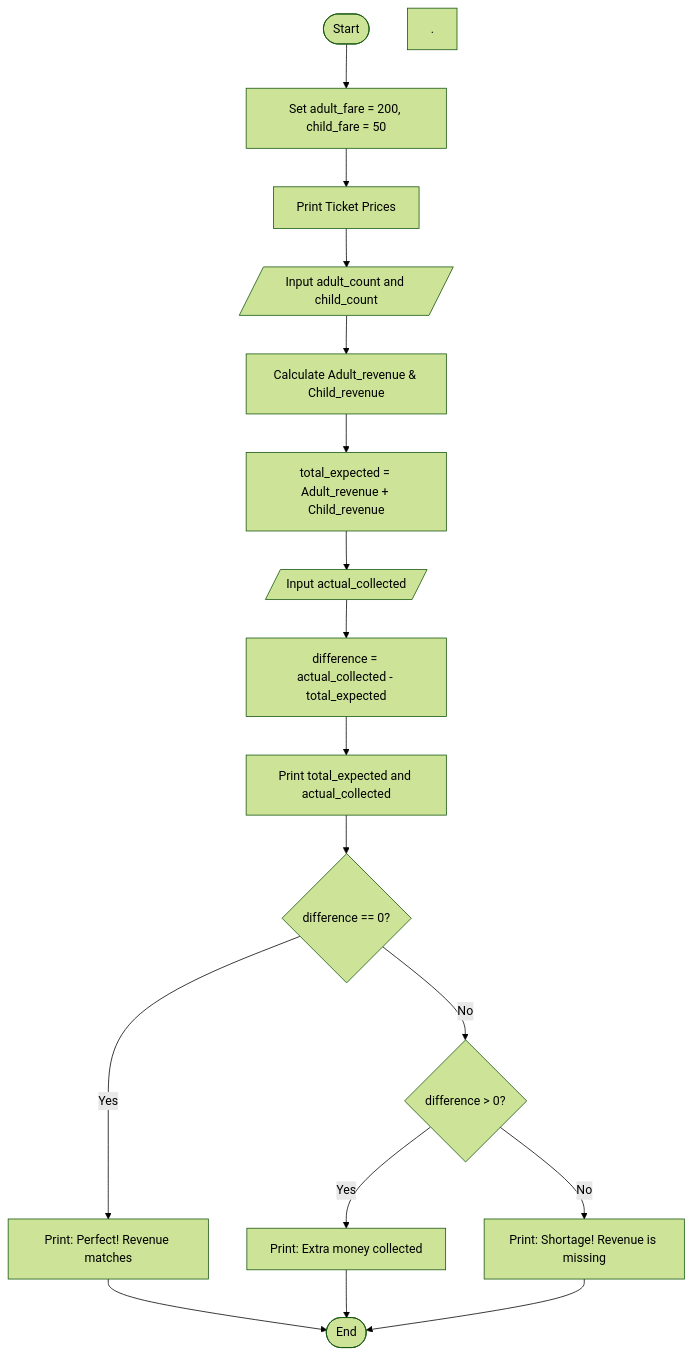
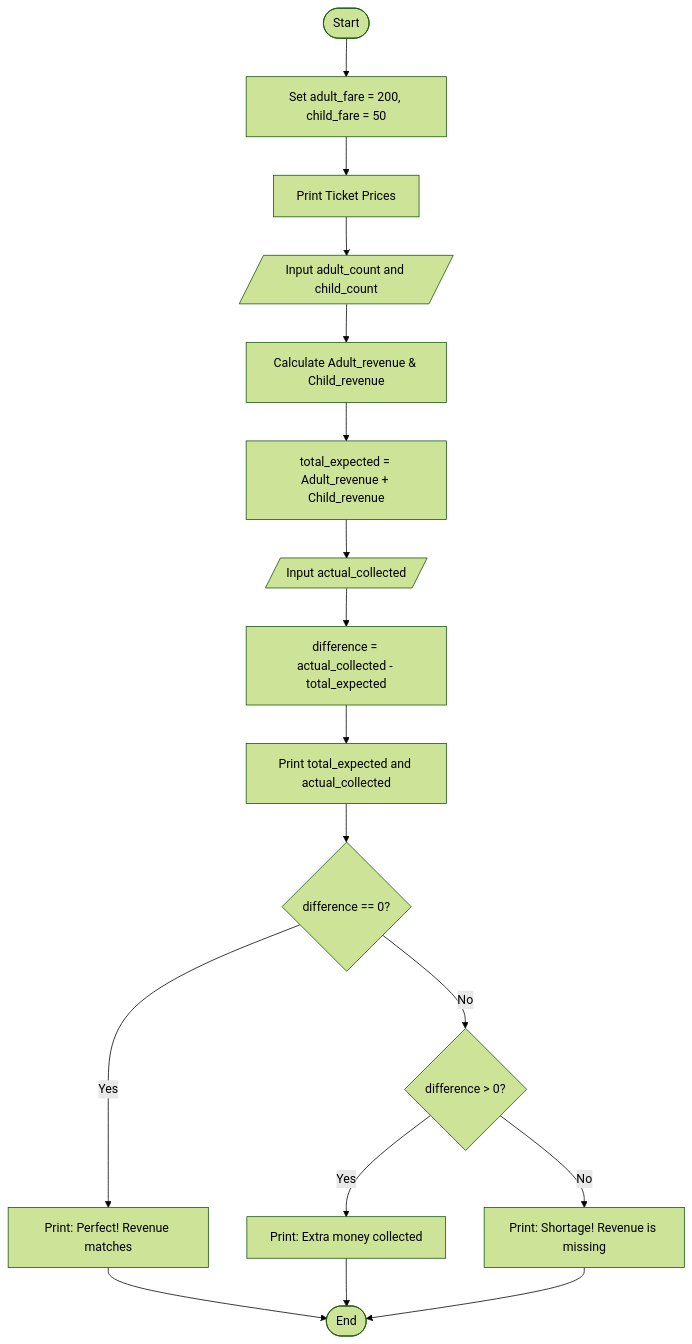
Before and after one commit to lakshmitrivenimodukuru255/2026-27_CSE4-255_PythonprogrammingCourse: the diagram in Task3/code.md, drawn with Mermaid (forest theme).

Commit message:
Fix formatting issue in code.md

````diff
--- a/Task3/code.md
+++ b/Task3/code.md
@@ -97,20 +97,20 @@
 ```mermaid
 graph TD
     A([Start]) --> B[Set adult_fare = 200, child_fare = 50]
     B --> C[Print Ticket Prices]
     C --> D[/Input adult_count and child_count/]
     D --> E[Calculate Adult_revenue & Child_revenue]
     E --> F[total_expected = Adult_revenue + Child_revenue]
     F --> G[/Input actual_collected/]
     G --> H[difference = actual_collected - total_expected]
     H --> I[Print total_expected and actual_collected]
     I --> J{difference == 0?}
     J -- Yes --> K[Print: Perfect! Revenue matches]
     J -- No --> L{difference > 0?}
     L -- Yes --> M[Print: Extra money collected]
     L -- No --> N[Print: Shortage! Revenue is missing]
     K --> O([End])
     M --> O
     N --> O
-.
+
 ```
````
